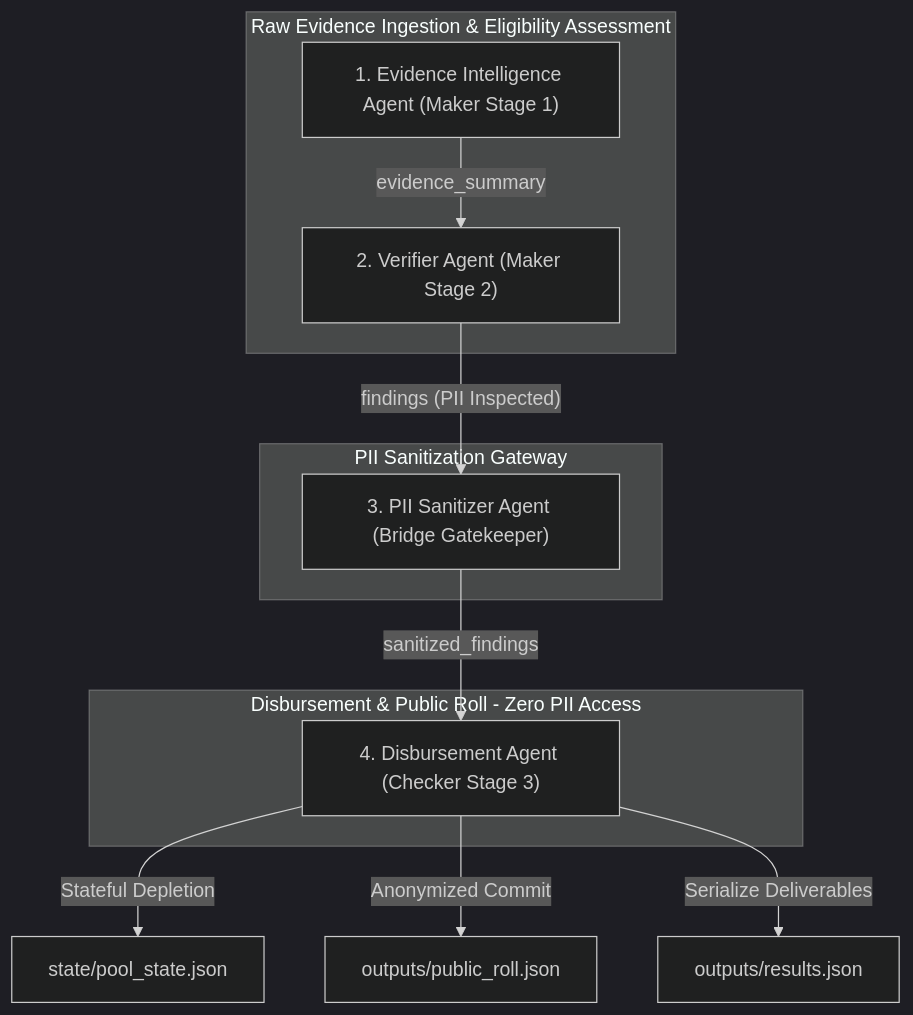
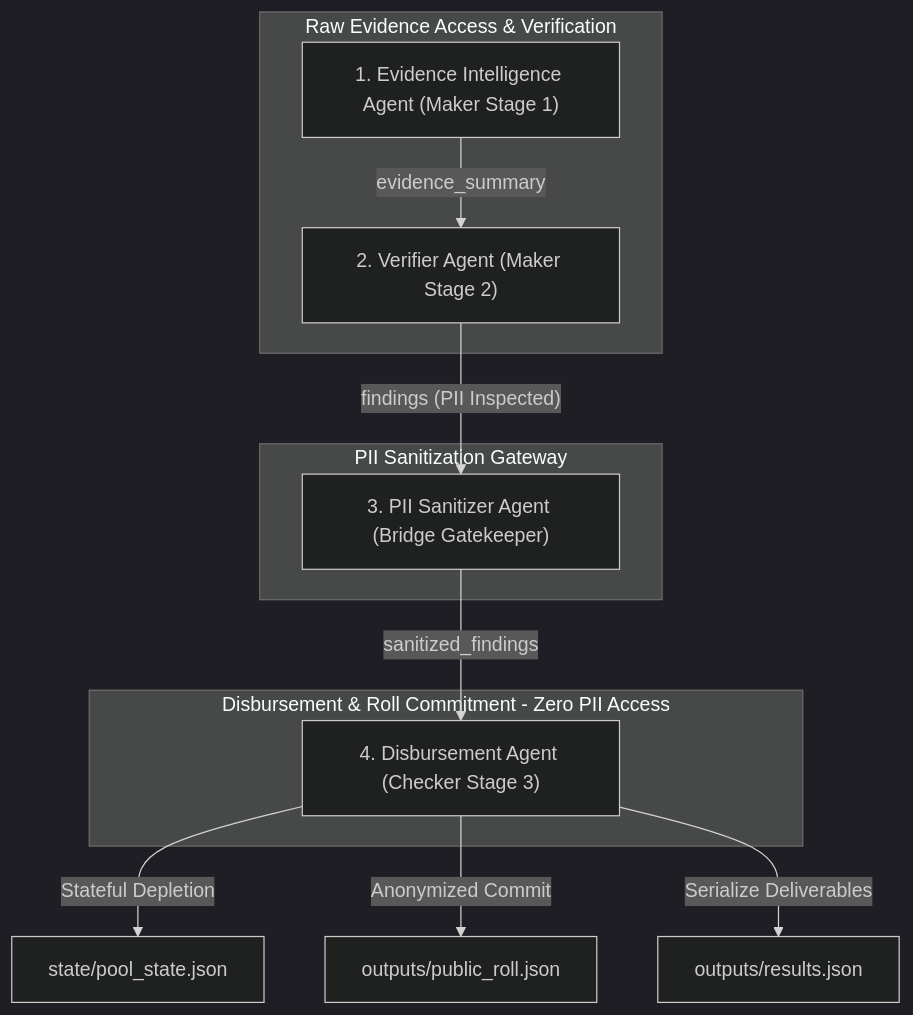
One commit to UsmanBari/nhsg-ai-platform changed the first of 2 diagrams in docs/PRODUCTION_ENGINEERING_REPORT.md. Above: the diagram before and after it, drawn with Mermaid (dark theme). The commit also changed other lines of this file, not shown here.

````diff
--- a/docs/PRODUCTION_ENGINEERING_REPORT.md
+++ b/docs/PRODUCTION_ENGINEERING_REPORT.md
@@ -55,22 +55,22 @@
 ```mermaid
 graph TD
-    subgraph Maker Zone [Raw Evidence Ingestion & Eligibility Assessment]
+    subgraph Maker Zone [Raw Evidence Access & Verification]
         A["1. Evidence Intelligence Agent (Maker Stage 1)"]
         B["2. Verifier Agent (Maker Stage 2)"]
         A -- "evidence_summary" --> B
     end
 
     subgraph Secure Bridge [PII Sanitization Gateway]
         C["3. PII Sanitizer Agent (Bridge Gatekeeper)"]
         B -- "findings (PII Inspected)" --> C
     end
 
-    subgraph Checker Zone [Disbursement & Public Roll - Zero PII Access]
+    subgraph Checker Zone [Disbursement & Roll Commitment - Zero PII Access]
         D["4. Disbursement Agent (Checker Stage 3)"]
         C -- "sanitized_findings" --> D
     end
 
     D -- "Stateful Depletion" --> E["state/pool_state.json"]
     D -- "Anonymized Commit" --> F["outputs/public_roll.json"]
     D -- "Serialize Deliverables" --> G["outputs/results.json"]
 ```
````
